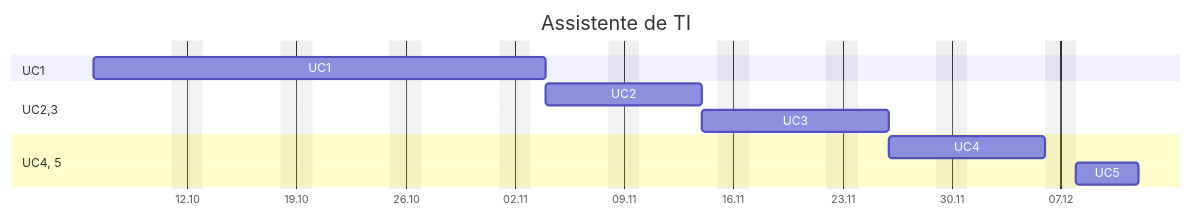
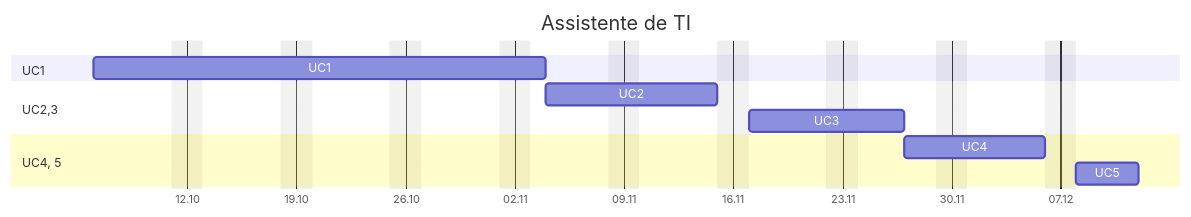
Before and after one commit to jocile/digitalgarden: the diagram in src/site/notes/Assistente-de-TI.md, drawn with Mermaid. The commit also changed other lines of this file, not shown here.

````diff
--- a/src/site/notes/Assistente-de-TI.md
+++ b/src/site/notes/Assistente-de-TI.md
@@ -31,16 +31,16 @@
 ```mermaid
 gantt
      title Assistente de TI
      tickInterval 1week
      excludes Saturday, Sunday, 19:03, 25:03, 17:04, 18:04, 21:04, 01:05, 02:05, 07:05, 14:05, 26:05, 29:05, 30:05
      dateFormat DD:MM
      axisFormat %d.%m
      section UC1
          UC1 :a1, 06:10, 21d
      section UC2,3
-         UC2 :a2,after a1, 8d
+         UC2 :a2,after a1, 9d
          UC3 :a3, after a2, 8d
      section UC4, 5
-         UC4 :a4, after a3, 8d
+         UC4 :a4, after a3, 7d
          UC5 :a5, after a4, 4d
 ```
````
